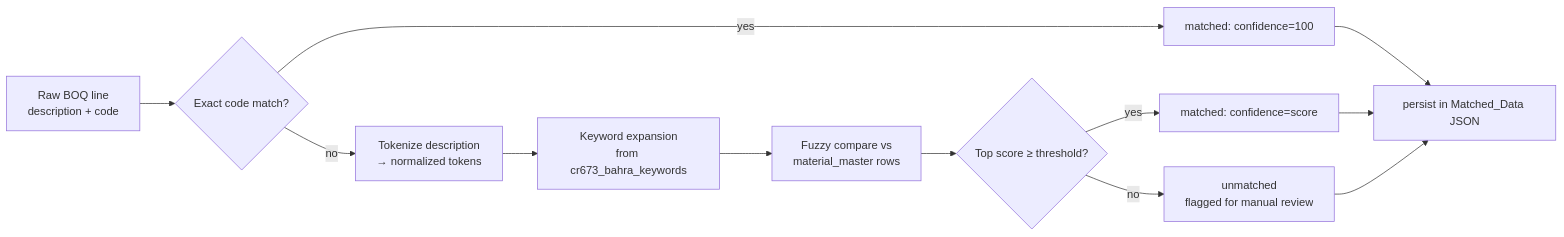
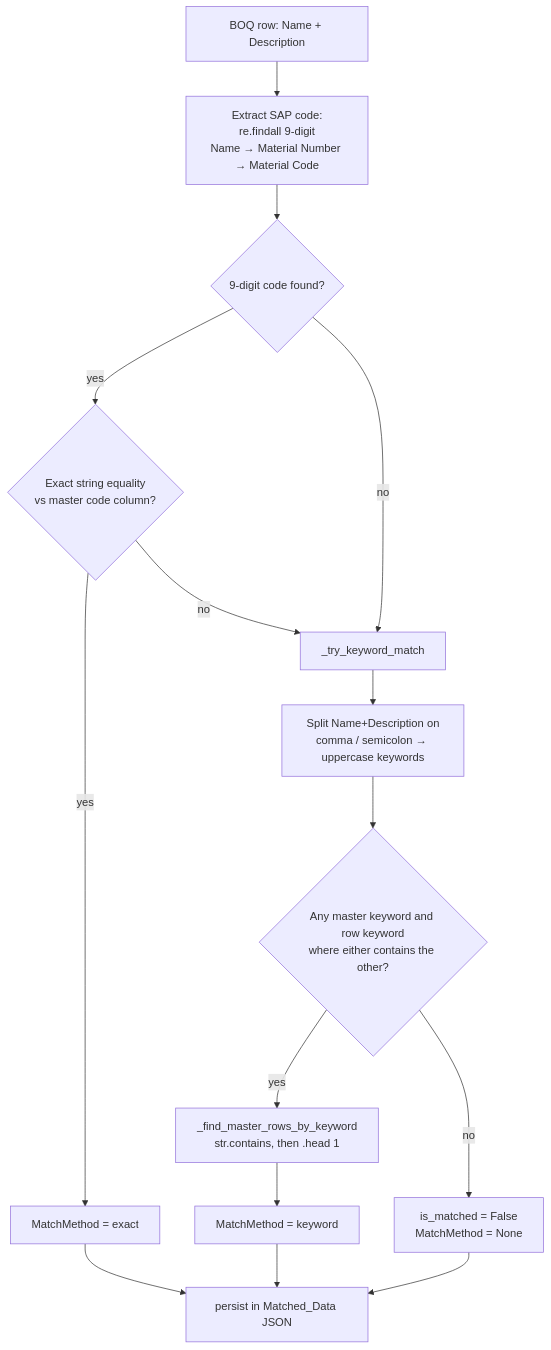
One commit to ManishDyna/RFP-Automation changed the fourth of 8 diagrams in docs/02-architecture/05-HLD-High-Level-Design.md. Above: the diagram before and after it, drawn with Mermaid. The commit also changed other lines of this file and 24 other files, not shown here.

````diff
--- a/docs/02-architecture/05-HLD-High-Level-Design.md
+++ b/docs/02-architecture/05-HLD-High-Level-Design.md
@@ -146,14 +159,21 @@
 ```mermaid
-flowchart LR
-    A[Raw BOQ line<br/>description + code] --> B{Exact code match?}
-    B -- yes --> Z[matched: confidence=100]
-    B -- no --> C[Tokenize description<br/>→ normalized tokens]
-    C --> D[Keyword expansion<br/>from cr673_bahra_keywords]
-    D --> E[Fuzzy compare vs<br/>material_master rows]
-    E --> F{Top score ≥ threshold?}
-    F -- yes --> Z2[matched: confidence=score]
-    F -- no --> G[unmatched<br/>flagged for manual review]
-    Z --> H[persist in Matched_Data JSON]
-    Z2 --> H
-    G --> H
+flowchart TB
+    A[BOQ row: Name + Description] --> B[Extract SAP code:<br/>re.findall 9-digit<br/>Name → Material Number → Material Code]
+    B --> C{9-digit code found?}
+
+    C -- yes --> D{Exact string equality<br/>vs master code column?}
+    D -- yes --> Z1[MatchMethod = exact]
+    D -- no --> E[_try_keyword_match]
+
+    C -- no --> E
+
+    E --> F[Split Name+Description on<br/>comma / semicolon → uppercase keywords]
+    F --> G{Any master keyword and row keyword<br/>where either contains the other?}
+    G -- yes --> H[_find_master_rows_by_keyword<br/>str.contains, then .head 1]
+    H --> Z2[MatchMethod = keyword]
+    G -- no --> Z3[is_matched = False<br/>MatchMethod = None]
+
+    Z1 --> P[persist in Matched_Data JSON]
+    Z2 --> P
+    Z3 --> P
 ```
````
